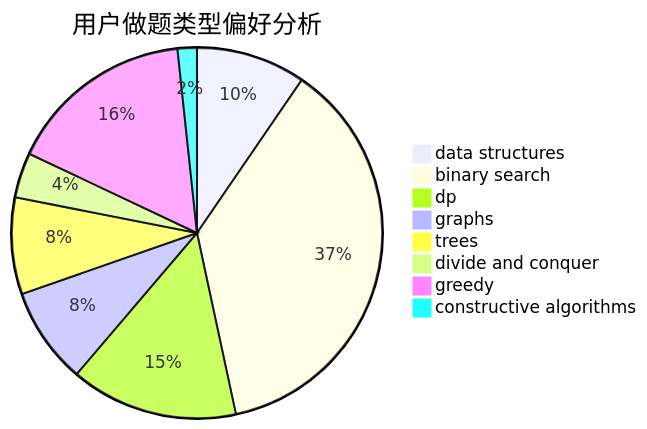
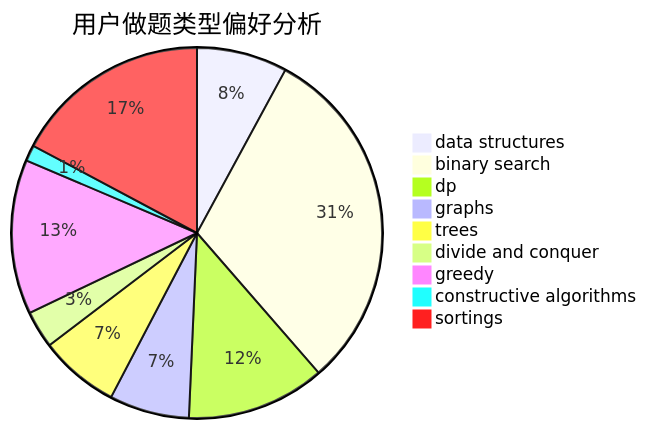
The second of 3 diagrams in docs/user/u1685.md (sherpahu/cfrs.github.io), drawn with Mermaid before and after one commit. The commit also changed other lines of this file and 2769 other files, not shown here.

````diff
--- a/docs/user/u1685.md
+++ b/docs/user/u1685.md
@@ -23,11 +18,12 @@
 ```mermaid
 pie title 用户做题类型偏好分析
     "data structures" :  17
     "binary search" :  66
     "dp" :  26
     "graphs" :  15
     "trees" :  15
     "divide and conquer" :  7
     "greedy" :  29
     "constructive algorithms" :  3
+    "sortings" :  37
 ```
````
